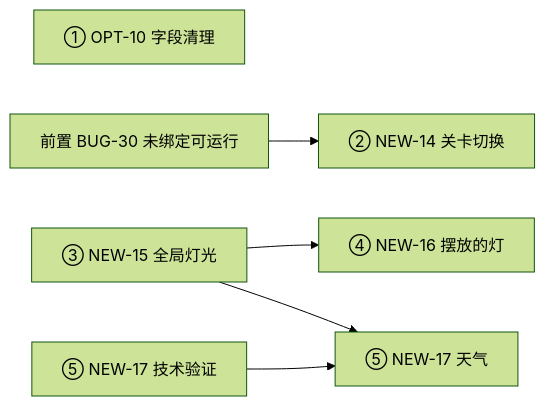
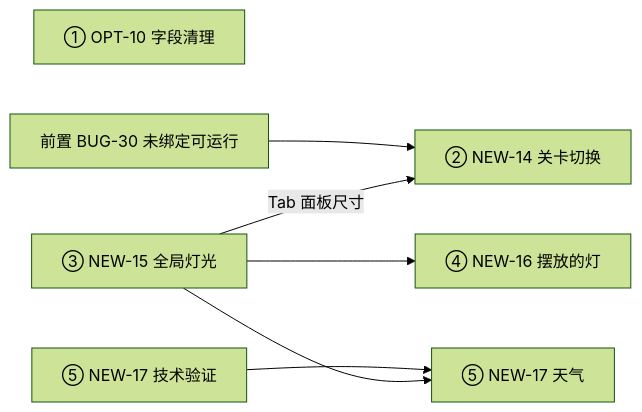
One commit to lynncxy-code/Ontology-Driven changed the diagram in 01-source/docs/PRD/OntoTwin 4.7 场景演出：关卡切换·环境灯光·摆放的灯·天气 (PRD).md. Above: the diagram before and after it, drawn with Mermaid (forest theme). The commit also changed other lines of this file and 1 other file, not shown here.

````diff
--- a/01-source/docs/PRD/OntoTwin 4.7 场景演出：关卡切换·环境灯光·摆放的灯·天气 (PRD).md
+++ b/01-source/docs/PRD/OntoTwin 4.7 场景演出：关卡切换·环境灯光·摆放的灯·天气 (PRD).md
@@ -31,8 +31,9 @@
 ```mermaid
 flowchart LR
   O10["① OPT-10 字段清理"]
   B30["前置 BUG-30 未绑定可运行"] --> N14["② NEW-14 关卡切换"]
   N15["③ NEW-15 全局灯光"] --> N16["④ NEW-16 摆放的灯"]
+  N15 -- "Tab 面板尺寸" --> N14
   N17S["⑤ NEW-17 技术验证"] --> N17["⑤ NEW-17 天气"]
   N15 --> N17
 ```
````
